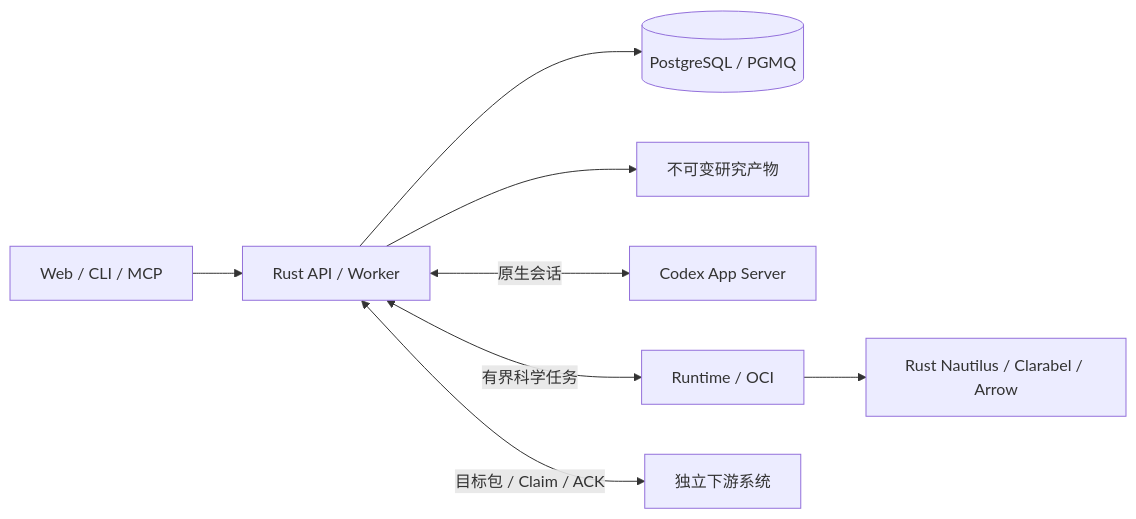
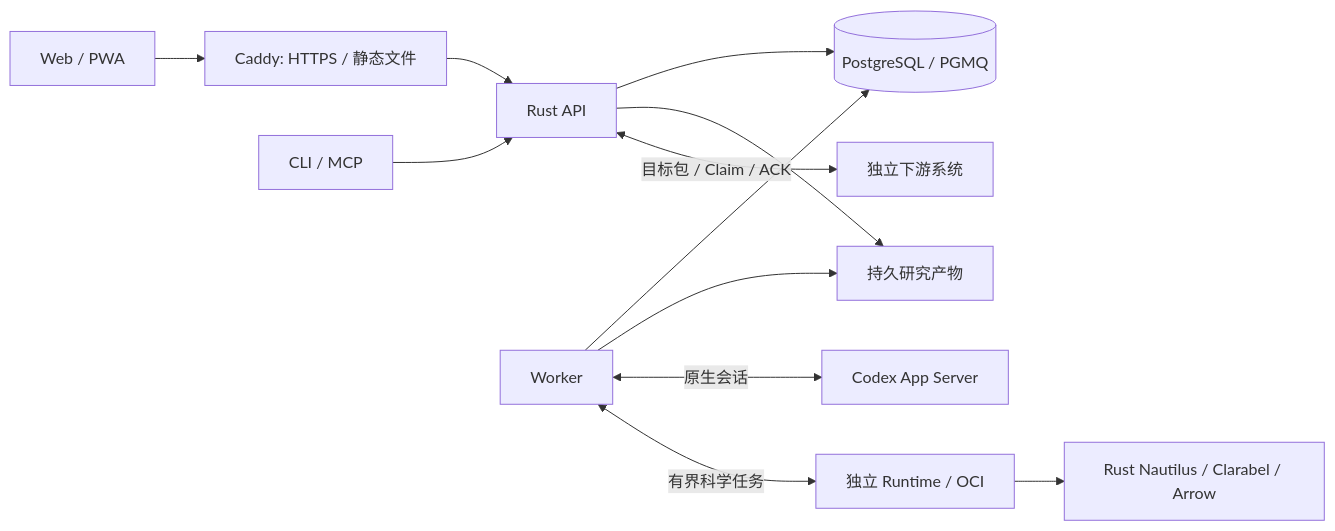
The diagram in README.md (zhengui666/QuaZonai), drawn with Mermaid before and after one commit. The commit also changed other lines of this file and 10 other files, not shown here.

````diff
--- a/README.md
+++ b/README.md
@@ -48,10 +50,14 @@
 ```mermaid
 flowchart LR
-  User[Web / CLI / MCP] --> Server[Rust API / Worker]
+  Browser[Web / PWA] --> Gateway[Caddy: HTTPS / 静态文件]
+  Gateway --> Server[Rust API]
+  CLI[CLI / MCP] --> Server
   Server --> DB[(PostgreSQL / PGMQ)]
-  Server --> Artifacts[不可变研究产物]
-  Server <-->|原生会话| Codex[Codex App Server]
-  Server <-->|有界科学任务| Runtime[Runtime / OCI]
+  Worker[Worker] --> DB
+  Server --> Artifacts[持久研究产物]
+  Worker --> Artifacts
+  Worker <-->|原生会话| Codex[Codex App Server]
+  Worker <-->|有界科学任务| Runtime[独立 Runtime / OCI]
   Runtime --> Job[Rust Nautilus / Clarabel / Arrow]
   Server <-->|目标包 / Claim / ACK| Downstream[独立下游系统]
 ```
````
